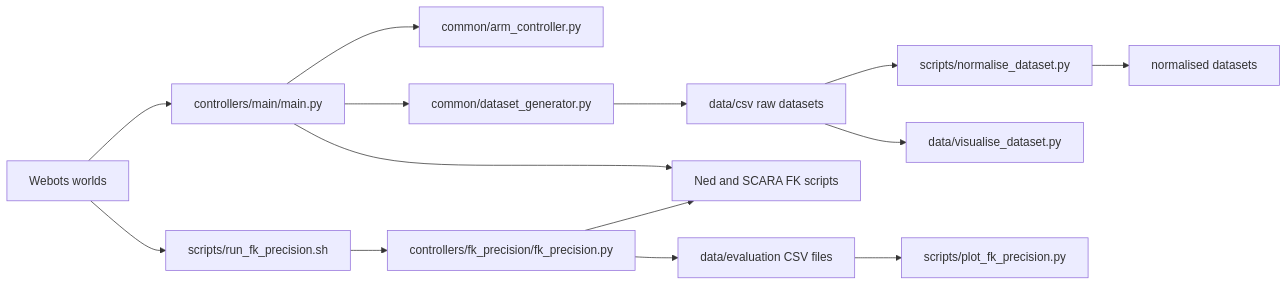
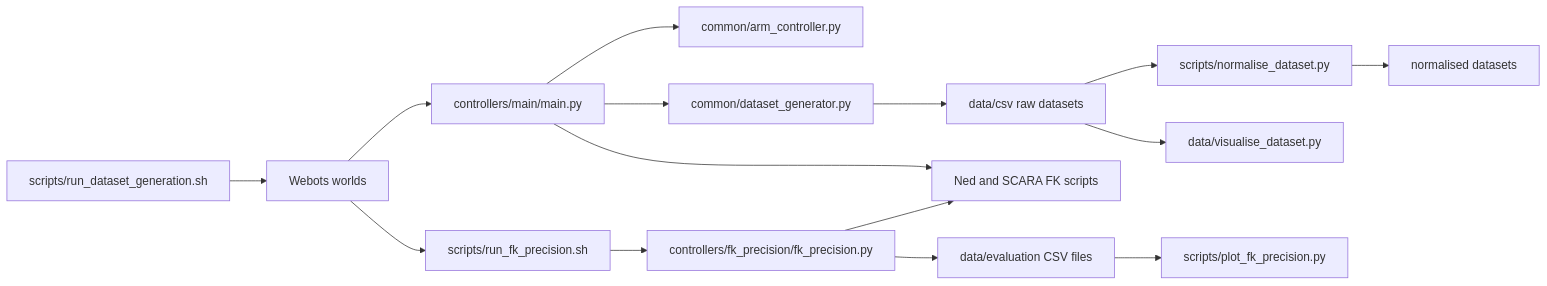
One commit to guillaumevirgal/IR-coursework1 changed the diagram in README.md. Above: the diagram before and after it, drawn with Mermaid. The commit also changed other lines of this file and 2 other files, not shown here.

Commit message:
Run physics dataset generation in Webots fast mode

````diff
--- a/README.md
+++ b/README.md
@@ -33,17 +34,18 @@
 ```mermaid
 flowchart LR
-    W[Webots worlds] --> M[controllers/main/main.py]
+    S[scripts/run_dataset_generation.sh] --> W[Webots worlds]
+    W --> M[controllers/main/main.py]
     M --> A[common/arm_controller.py]
     M --> G[common/dataset_generator.py]
     M --> FK[Ned and SCARA FK scripts]
     G --> C[data/csv raw datasets]
     C --> N[scripts/normalise_dataset.py]
     C --> V[data/visualise_dataset.py]
     N --> P[normalised datasets]
 
     W --> R[scripts/run_fk_precision.sh]
     R --> E[controllers/fk_precision/fk_precision.py]
     E --> FK
     E --> D[data/evaluation CSV files]
     D --> Q[scripts/plot_fk_precision.py]
 ```
````
